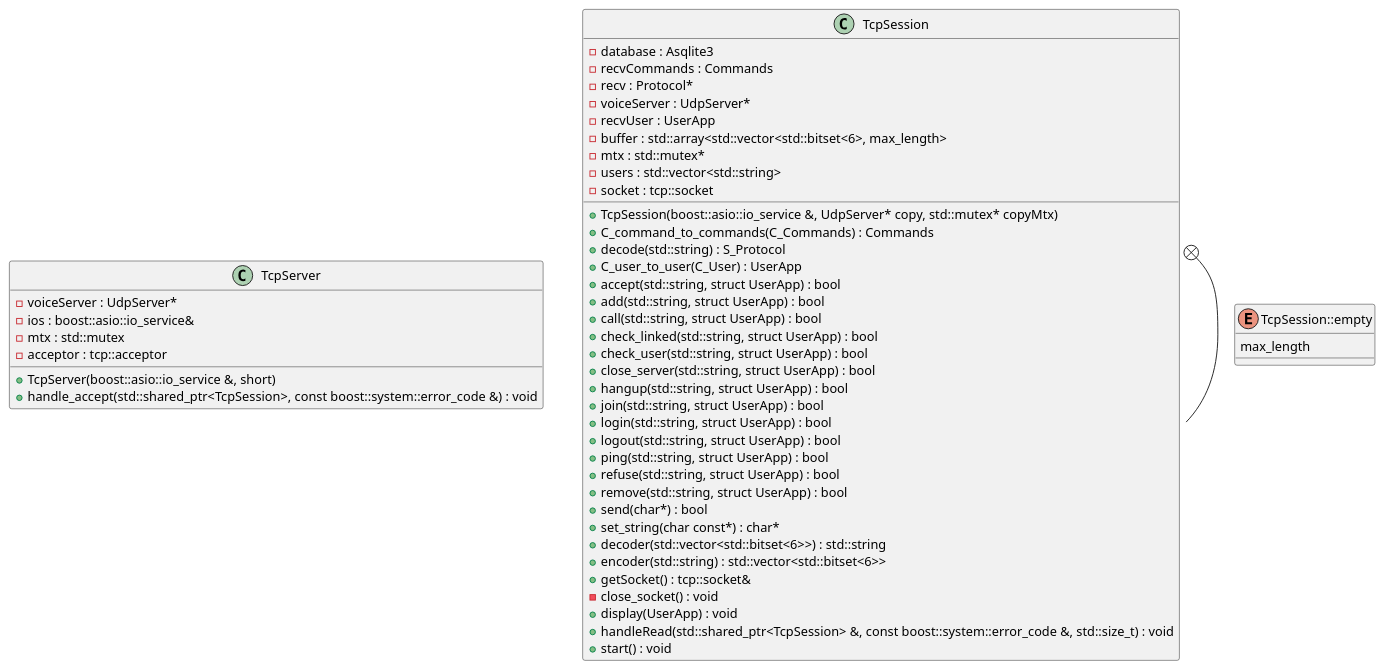
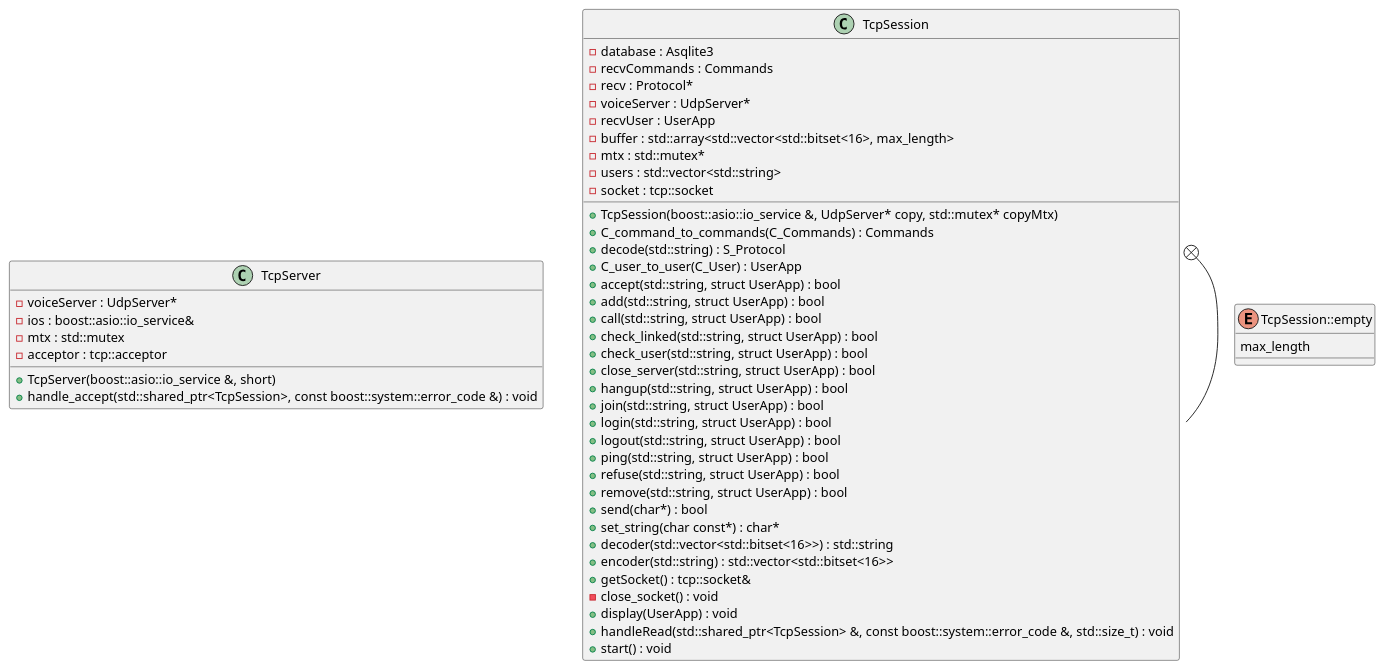
Before and after one commit to MartinRougeron2/Babel: the diagram in resources/UML_TCP_SERVER.md, drawn with PlantUML. The commit also changed 6 other files, not shown here.

Commit message:
fix encoder / decoder

```diff
--- a/resources/UML_TCP_SERVER.md
+++ b/resources/UML_TCP_SERVER.md
@@ -41,10 +41,10 @@
 	+remove(std::string, struct UserApp) : bool
 	+send(char*) : bool
 	+set_string(char const*) : char*
-	-buffer : std::array<std::vector<std::bitset<6>, max_length>
+	-buffer : std::array<std::vector<std::bitset<16>, max_length>
 	-mtx : std::mutex*
-	+decoder(std::vector<std::bitset<6>>) : std::string
-	+encoder(std::string) : std::vector<std::bitset<6>>
+	+decoder(std::vector<std::bitset<16>>) : std::string
+	+encoder(std::string) : std::vector<std::bitset<16>>
 	-users : std::vector<std::string>
 	-socket : tcp::socket
 	+getSocket() : tcp::socket&
```
